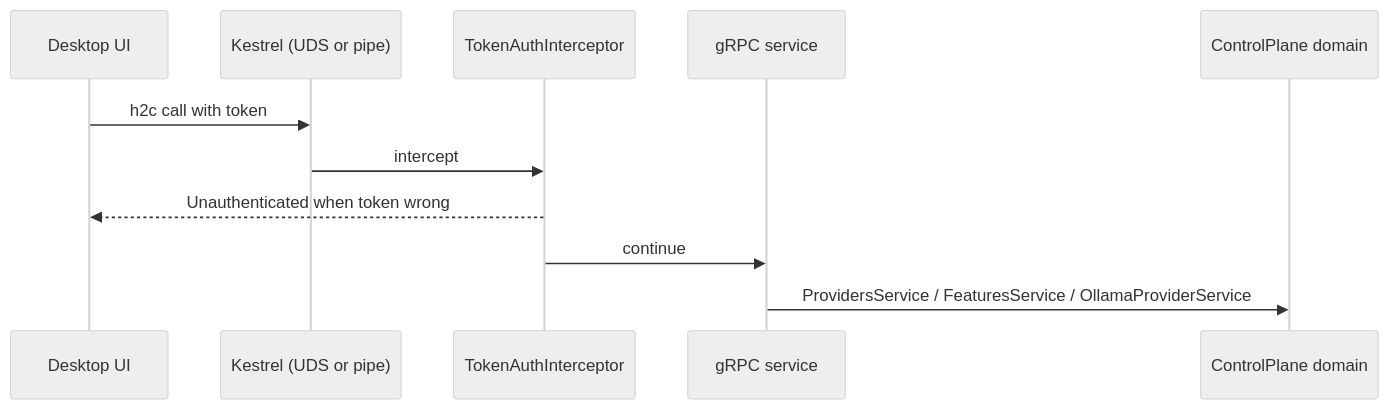
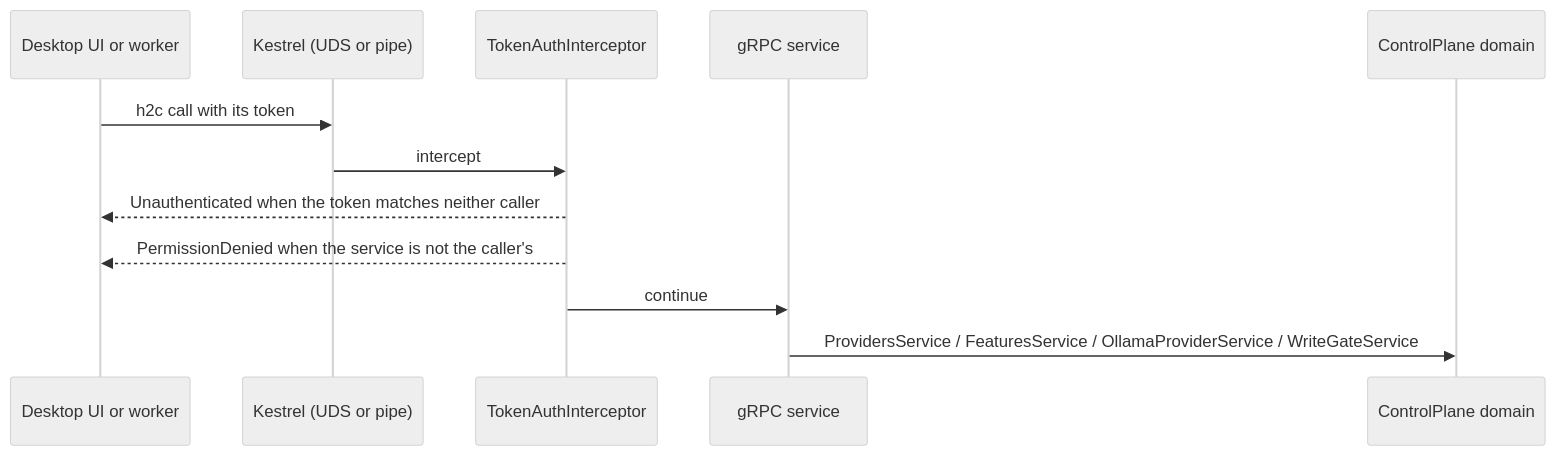
One commit to vitorafgomes/scout changed the diagram in vault/pages/services/host-control-plane.md. Above: the diagram before and after it, drawn with Mermaid (neutral theme). The commit also changed other lines of this file and 129 other files, not shown here.

````diff
--- a/vault/pages/services/host-control-plane.md
+++ b/vault/pages/services/host-control-plane.md
@@ -40,13 +43,14 @@
 ```mermaid
 sequenceDiagram
-    participant UI as Desktop UI
+    participant UI as Desktop UI or worker
     participant K as Kestrel (UDS or pipe)
     participant I as TokenAuthInterceptor
     participant S as gRPC service
     participant D as ControlPlane domain
-    UI->>K: h2c call with token
+    UI->>K: h2c call with its token
     K->>I: intercept
-    I-->>UI: Unauthenticated when token wrong
+    I-->>UI: Unauthenticated when the token matches neither caller
+    I-->>UI: PermissionDenied when the service is not the caller's
     I->>S: continue
-    S->>D: ProvidersService / FeaturesService / OllamaProviderService
+    S->>D: ProvidersService / FeaturesService / OllamaProviderService / WriteGateService
 ```
````
